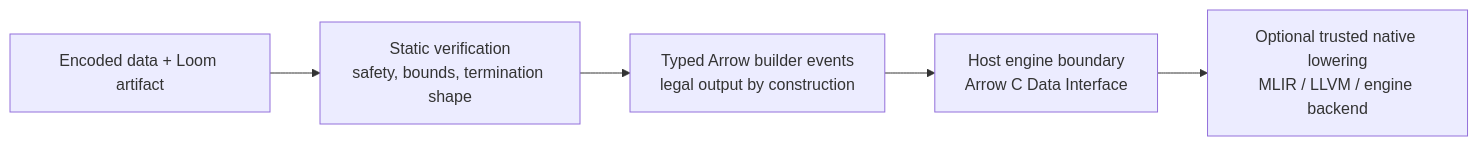
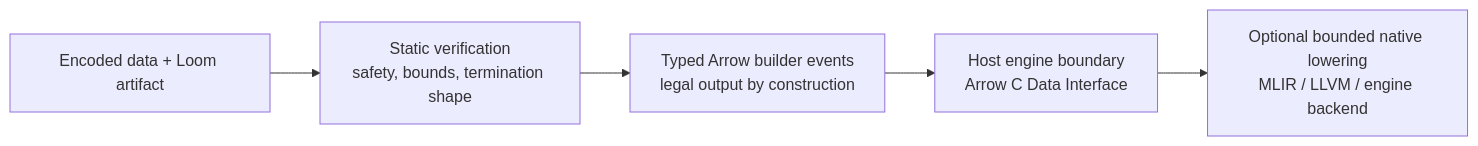
The second of 2 diagrams in README.md (xunfeng1980/loom), drawn with Mermaid before and after one commit. The commit also changed 3 other files, not shown here.

````diff
--- a/README.md
+++ b/README.md
@@ -176,10 +176,10 @@
 ```mermaid
 flowchart LR
     data["Encoded data + Loom artifact"]
     verify["Static verification<br/>safety, bounds, termination shape"]
     arrow["Typed Arrow builder events<br/>legal output by construction"]
     host["Host engine boundary<br/>Arrow C Data Interface"]
-    native["Optional trusted native lowering<br/>MLIR / LLVM / engine backend"]
+    native["Optional bounded native lowering<br/>MLIR / LLVM / engine backend"]
 
     data --> verify --> arrow --> host --> native
 ```
````
